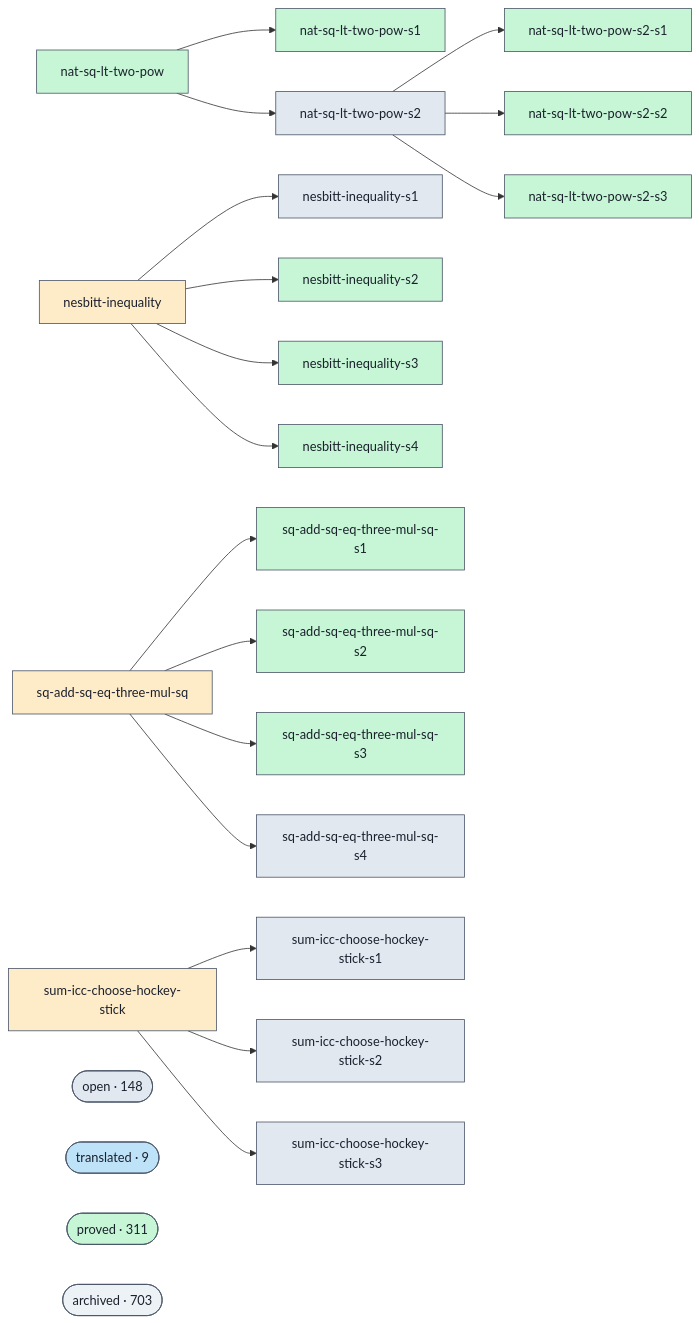
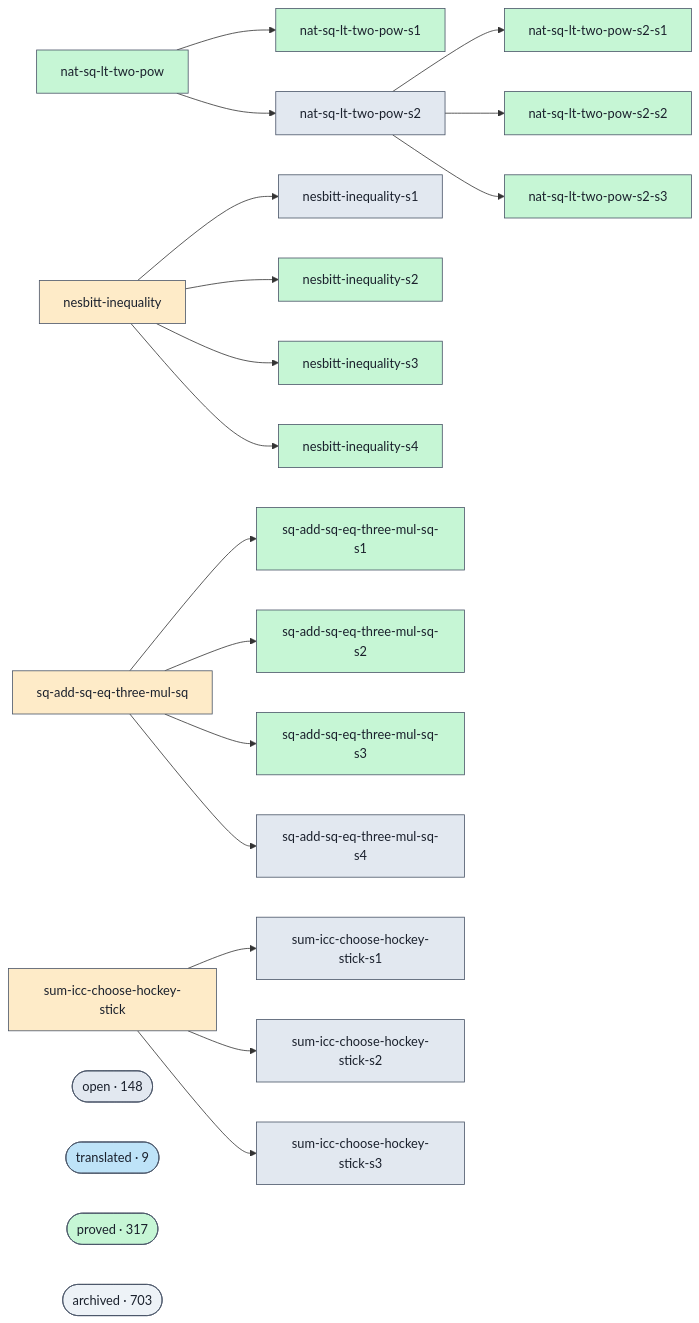
Before and after one commit to Rauxon/unsorry: the diagram in docs/proofs-contributors-visualisation.md, drawn with Mermaid. The commit also changed other lines of this file and 2 other files, not shown here.

```diff
--- a/docs/proofs-contributors-visualisation.md
+++ b/docs/proofs-contributors-visualisation.md
@@ -102,7 +102,7 @@
   class cluster_open open;
   cluster_translated(["translated · 9"])
   class cluster_translated translated;
-  cluster_proved(["proved · 311"])
+  cluster_proved(["proved · 317"])
   class cluster_proved proved;
   cluster_archived(["archived · 703"])
   class cluster_archived unknown;
```
